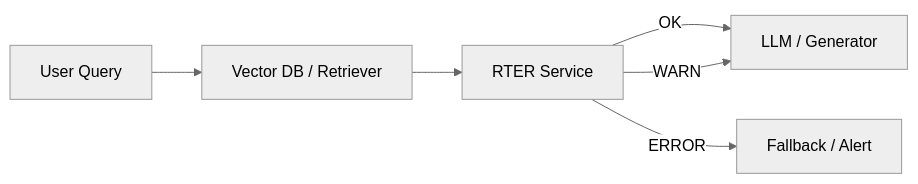
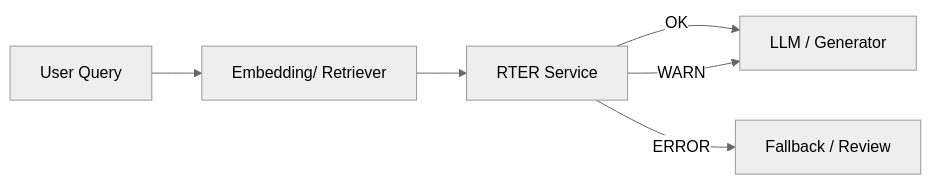
One commit to gitbyjay25/RTER changed the diagram in docs/README.md. Above: the diagram before and after it, drawn with Mermaid (neutral theme). The commit also changed other lines of this file, not shown here.

````diff
--- a/docs/README.md
+++ b/docs/README.md
@@ -57,14 +63,14 @@
 ```mermaid
 flowchart LR
-    Q[User Query]
-    R[Vector DB / Retriever]
+    U[User Query]
+    E[Embedding/ Retriever]
     RTER[RTER Service]
     LLM[LLM / Generator]
-    F[Fallback / Alert]
+    F[Fallback / Review]
 
-    Q --> R
-    R --> RTER
+    U --> E
+    E --> RTER
     RTER -->|OK| LLM
     RTER -->|WARN| LLM
     RTER -->|ERROR| F
 ```
````
